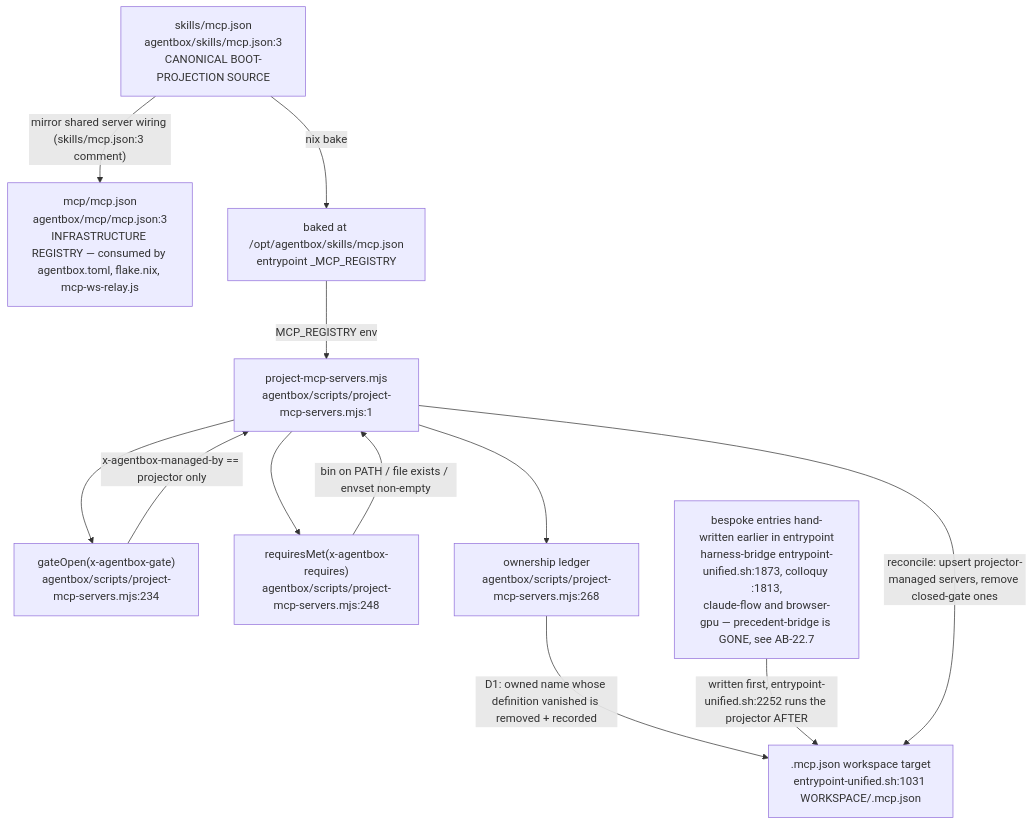
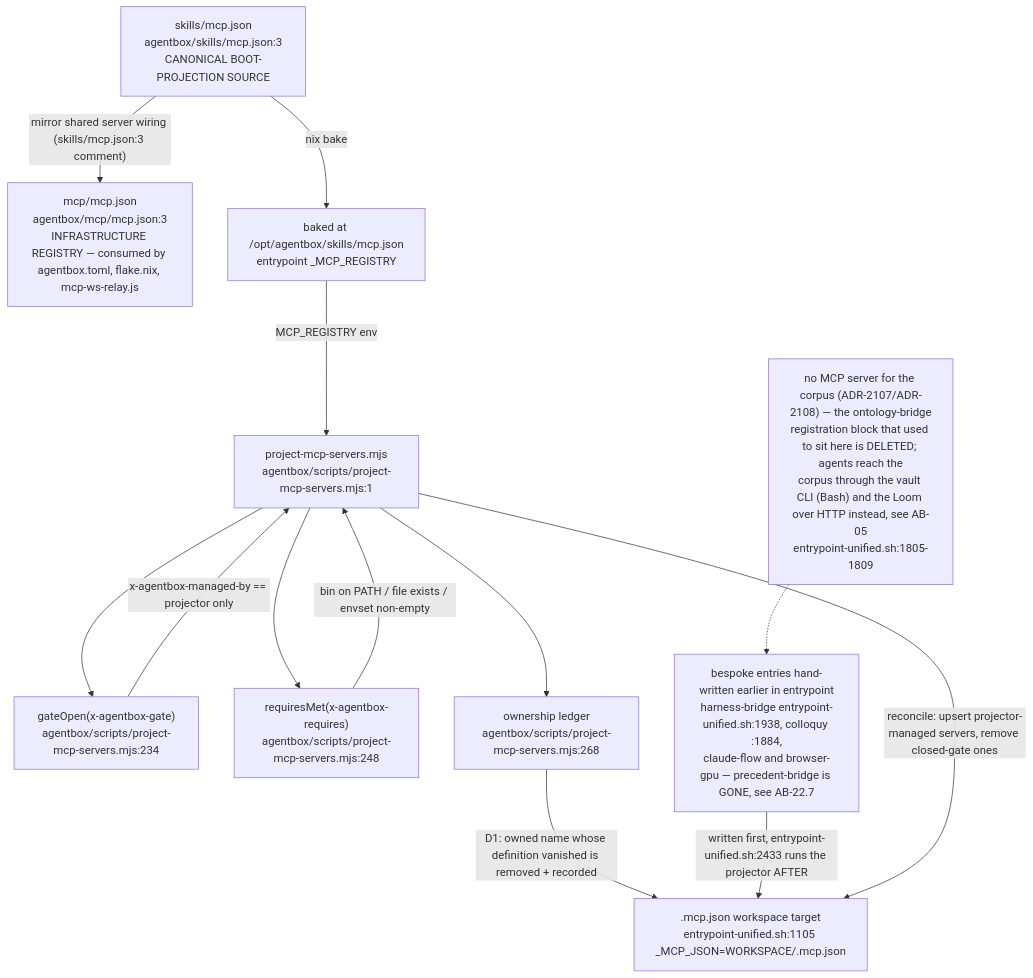
The ninth of 12 diagrams in docs/diagrams/agentbox/22-skills-and-routing.md (DreamLab-AI/VisionFlow), drawn with Mermaid before and after one commit. The commit also changed other lines of this file and 136 other files, not shown here.

First line of the commit message:
docs(diagrams): refresh the whole corpus to code HEAD and prune low-value diagrams

````diff
--- a/docs/diagrams/agentbox/22-skills-and-routing.md
+++ b/docs/diagrams/agentbox/22-skills-and-routing.md
@@ -358,24 +387,26 @@
 ```mermaid
 flowchart TB
     REG["skills/mcp.json<br/>agentbox/skills/mcp.json:3<br/>CANONICAL BOOT-PROJECTION SOURCE"]
     MIRROR["mcp/mcp.json<br/>agentbox/mcp/mcp.json:3<br/>INFRASTRUCTURE REGISTRY — consumed by agentbox.toml, flake.nix, mcp-ws-relay.js"]
     BAKE["baked at /opt/agentbox/skills/mcp.json<br/>entrypoint _MCP_REGISTRY"]
     PROJ["project-mcp-servers.mjs<br/>agentbox/scripts/project-mcp-servers.mjs:1"]
     GATE["gateOpen(x-agentbox-gate)<br/>agentbox/scripts/project-mcp-servers.mjs:234"]
     REQ["requiresMet(x-agentbox-requires)<br/>agentbox/scripts/project-mcp-servers.mjs:248"]
     LEDGER["ownership ledger<br/>agentbox/scripts/project-mcp-servers.mjs:268"]
-    WS[".mcp.json workspace target<br/>entrypoint-unified.sh:1031 WORKSPACE/.mcp.json"]
-    BESPOKE["bespoke entries hand-written earlier in entrypoint<br/>harness-bridge entrypoint-unified.sh:1873, colloquy :1813,<br/>claude-flow and browser-gpu — precedent-bridge is GONE, see AB-22.7"]
+    WS[".mcp.json workspace target<br/>entrypoint-unified.sh:1105 _MCP_JSON=WORKSPACE/.mcp.json"]
+    NOONT["no MCP server for the corpus (ADR-2107/ADR-2108) — the ontology-bridge<br/>registration block that used to sit here is DELETED; agents reach the<br/>corpus through the vault CLI (Bash) and the Loom over HTTP instead, see AB-05<br/>entrypoint-unified.sh:1805-1809"]
+    BESPOKE["bespoke entries hand-written earlier in entrypoint<br/>harness-bridge entrypoint-unified.sh:1938, colloquy :1884,<br/>claude-flow and browser-gpu — precedent-bridge is GONE, see AB-22.7"]
 
     REG -- "mirror shared server wiring (skills/mcp.json:3 comment)" --> MIRROR
     REG -- "nix bake" --> BAKE
     BAKE -- "MCP_REGISTRY env" --> PROJ
     PROJ --> GATE
     PROJ --> REQ
     GATE -- "x-agentbox-managed-by == projector only" --> PROJ
     REQ -- "bin on PATH / file exists / envset non-empty" --> PROJ
     PROJ --> LEDGER
     LEDGER -- "D1: owned name whose definition vanished is removed + recorded" --> WS
-    BESPOKE -- "written first, entrypoint-unified.sh:2252 runs the projector AFTER" --> WS
+    NOONT -.-> BESPOKE
+    BESPOKE -- "written first, entrypoint-unified.sh:2433 runs the projector AFTER" --> WS
     PROJ -- "reconcile: upsert projector-managed servers, remove closed-gate ones" --> WS
 ```
````
